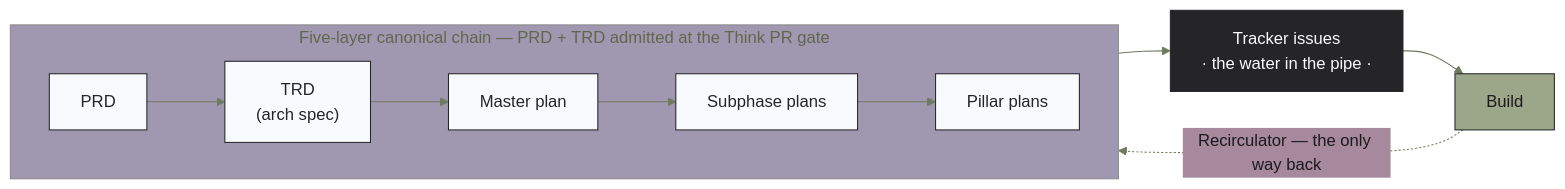
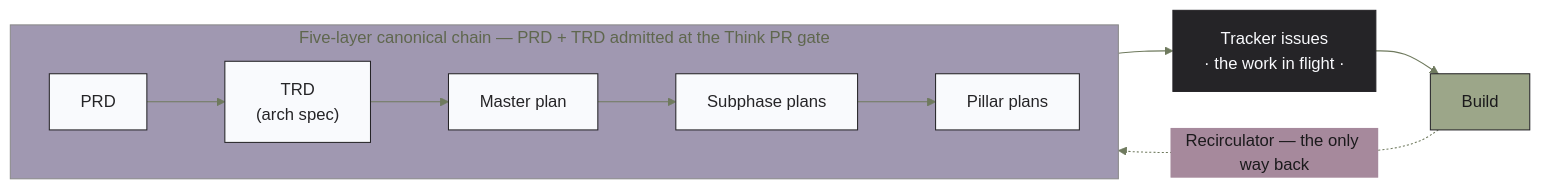
One commit to llamallamaredpajama/idc-workflow changed the first of 2 diagrams in README.md. Above: the diagram before and after it, drawn with Mermaid. The commit also changed other lines of this file and 3 other files, not shown here.

````diff
--- a/README.md
+++ b/README.md
@@ -171,15 +186,15 @@
 ```mermaid
 %%{init: {'theme':'base','themeVariables':{'primaryColor':'#9CA689','primaryTextColor':'#1b1a1c','primaryBorderColor':'#252427','lineColor':'#6f7a5e','fontFamily':'Trebuchet MS, Verdana, sans-serif'}}}%%
 flowchart LR
     subgraph chain["Five-layer canonical chain — PRD + TRD admitted at the Think PR gate"]
         direction LR
         PRD["PRD"]:::doc --> SPEC["TRD<br/>(arch spec)"]:::doc --> MP["Master plan"]:::doc --> SUB["Subphase plans"]:::doc --> PIL["Pillar plans"]:::doc
     end
-    PIL --> ISS["Tracker issues<br/>· the water in the pipe ·"]:::wall
+    PIL --> ISS["Tracker issues<br/>· the work in flight ·"]:::wall
     ISS --> BUILD["Build"]:::stage
     BUILD -.->|"Recirculator — the only way back"| PRD
 
     classDef doc fill:#F9FAFD,stroke:#252427,color:#252427;
     classDef stage fill:#9CA689,stroke:#252427,color:#1b1a1c;
     classDef wall fill:#252427,stroke:#252427,color:#F9FAFD;
 ```
````
